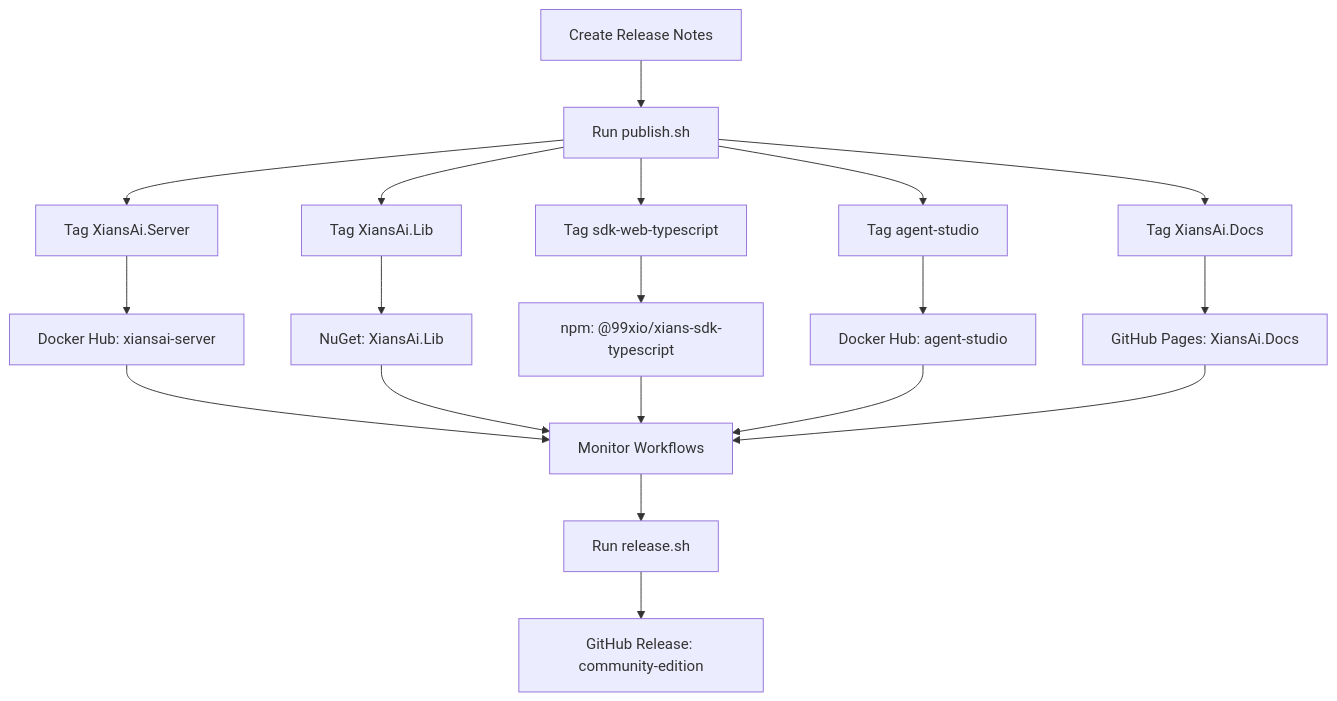
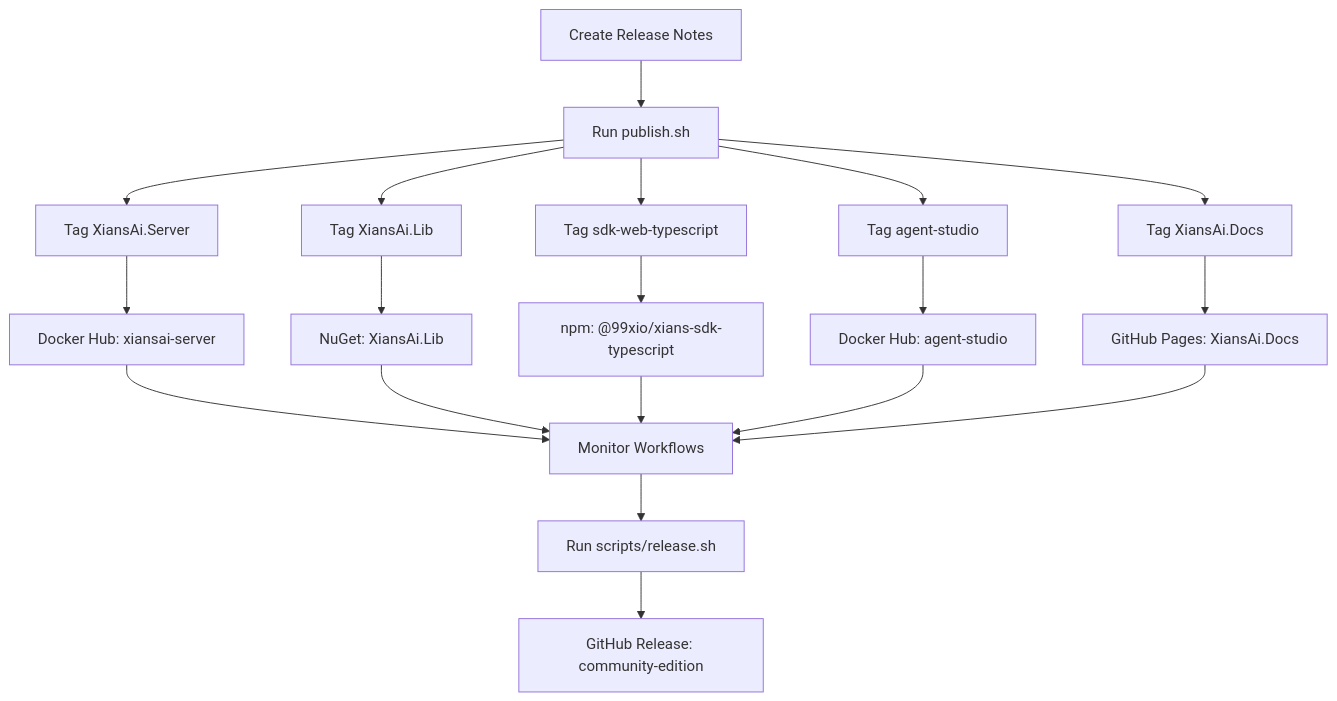
The diagram in docs/RELEASE_GUIDE.md (XiansAiPlatform/community-edition), drawn with Mermaid before and after one commit. The commit also changed other lines of this file and 27 other files, not shown here.

````diff
--- a/docs/RELEASE_GUIDE.md
+++ b/docs/RELEASE_GUIDE.md
@@ -185,24 +190,24 @@
 ```mermaid
 graph TD
     A[Create Release Notes] --> B[Run publish.sh]
     B --> C[Tag XiansAi.Server]
     B --> E[Tag XiansAi.Lib]
     B --> F[Tag sdk-web-typescript]
     B --> G[Tag agent-studio]
     B --> H[Tag XiansAi.Docs]
     
     C --> I[Docker Hub: xiansai-server]
     E --> K[NuGet: XiansAi.Lib]
     F --> L[npm: @99xio/xians-sdk-typescript]
     G --> M[Docker Hub: agent-studio]
     H --> N[GitHub Pages: XiansAi.Docs]
     
     I --> O[Monitor Workflows]
     K --> O
     L --> O
     M --> O
     N --> O
     
-    O --> P[Run release.sh]
+    O --> P[Run scripts/release.sh]
     P --> Q[GitHub Release: community-edition]
 ```
````
